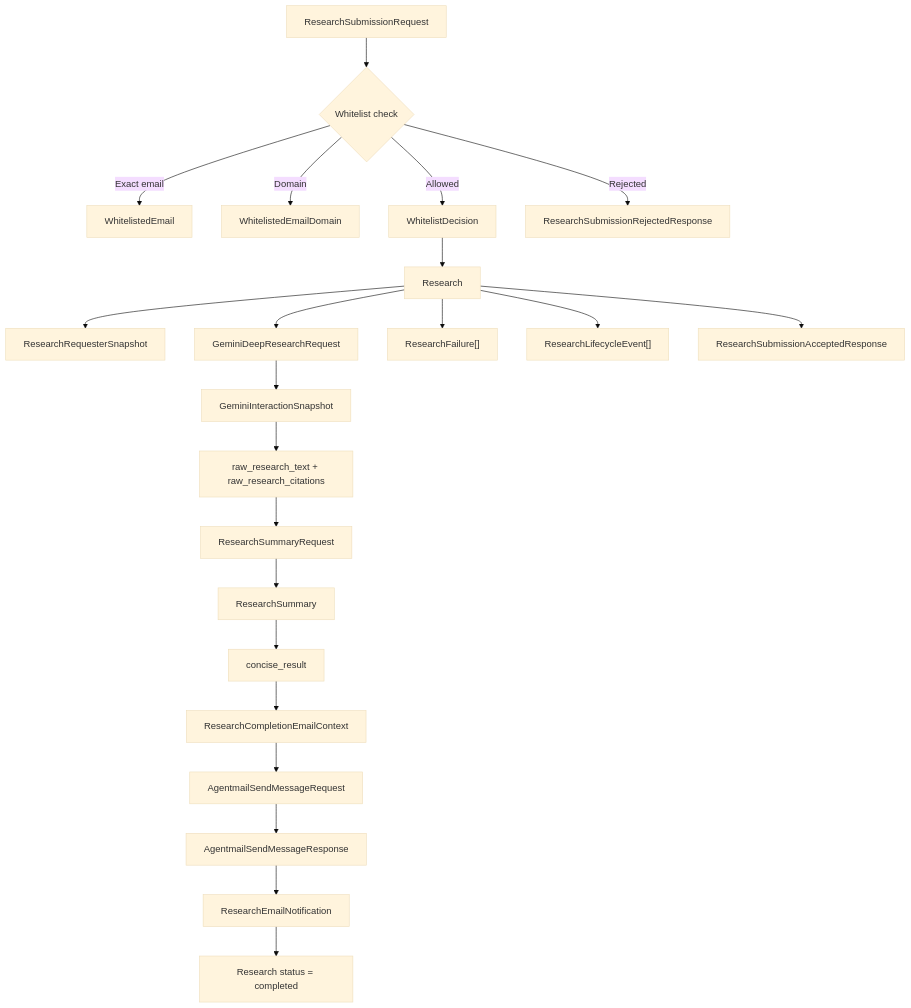
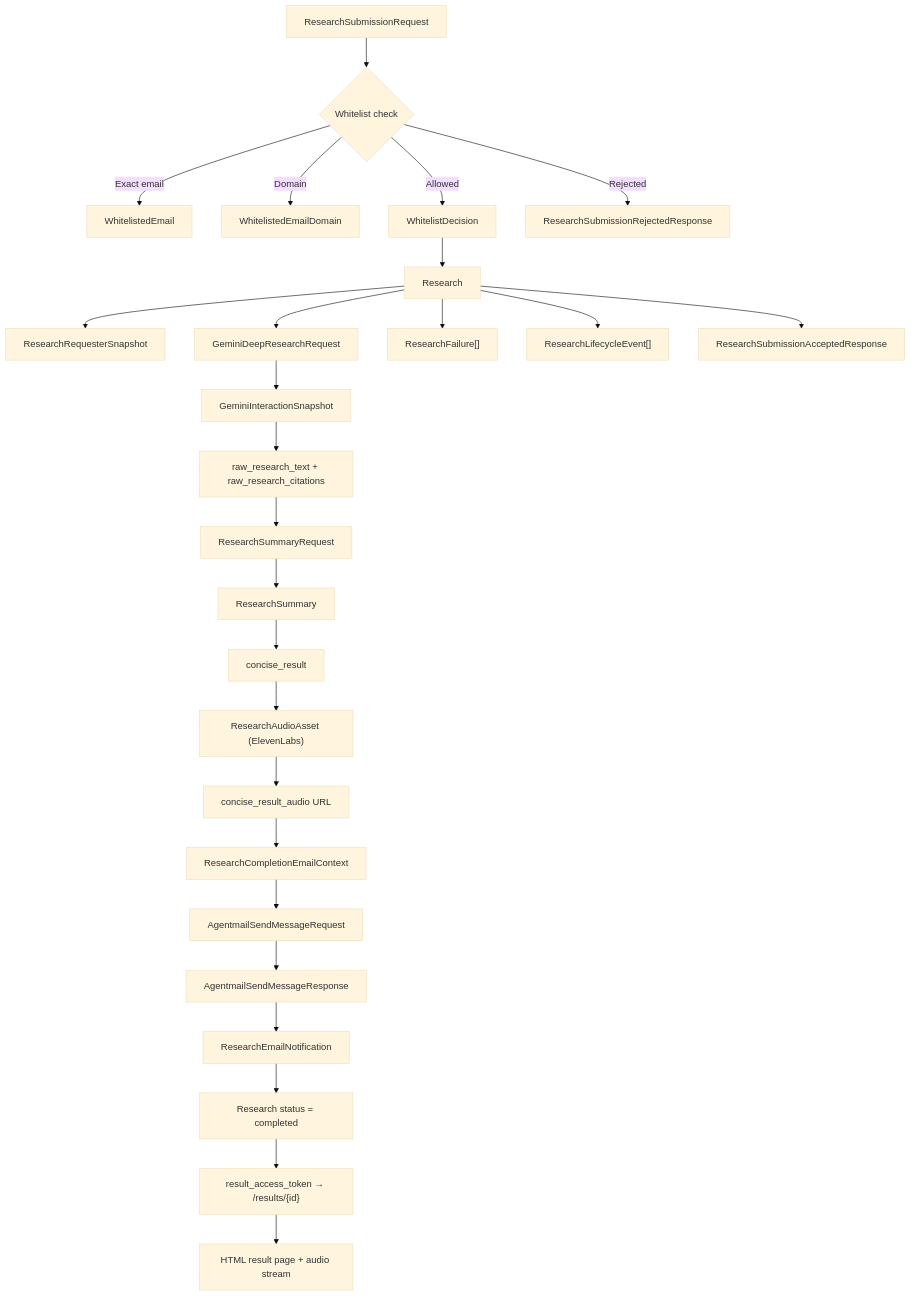
Before and after one commit to b2b/signals: the diagram in models_in_workflow.md, drawn with Mermaid (base theme). The commit also changed other lines of this file and 5 other files, not shown here.

Commit message:
feat: Implement expandable display for raw research and citations on the results page, and add comprehensive workflow documentation.

````diff
--- a/models_in_workflow.md
+++ b/models_in_workflow.md
@@ -270,24 +332,28 @@
 ```mermaid
 flowchart TD
     A["ResearchSubmissionRequest"] --> B{"Whitelist check"}
     B -->|Exact email| C["WhitelistedEmail"]
     B -->|Domain| D["WhitelistedEmailDomain"]
     B -->|Allowed| E["WhitelistDecision"]
     B -->|Rejected| F["ResearchSubmissionRejectedResponse"]
     E --> G["Research"]
     G --> H["ResearchRequesterSnapshot"]
     G --> I["GeminiDeepResearchRequest"]
     I --> J["GeminiInteractionSnapshot"]
     J --> K["raw_research_text + raw_research_citations"]
     K --> L["ResearchSummaryRequest"]
     L --> M["ResearchSummary"]
     M --> N["concise_result"]
-    N --> O["ResearchCompletionEmailContext"]
-    O --> P["AgentmailSendMessageRequest"]
-    P --> Q["AgentmailSendMessageResponse"]
-    Q --> R["ResearchEmailNotification"]
-    R --> S["Research status = completed"]
-    G --> T["ResearchFailure[]"]
-    G --> U["ResearchLifecycleEvent[]"]
-    G --> V["ResearchSubmissionAcceptedResponse"]
+    N --> O["ResearchAudioAsset (ElevenLabs)"]
+    O --> P["concise_result_audio URL"]
+    P --> Q["ResearchCompletionEmailContext"]
+    Q --> R["AgentmailSendMessageRequest"]
+    R --> S["AgentmailSendMessageResponse"]
+    S --> T["ResearchEmailNotification"]
+    T --> U["Research status = completed"]
+    G --> V["ResearchFailure[]"]
+    G --> W["ResearchLifecycleEvent[]"]
+    G --> X["ResearchSubmissionAcceptedResponse"]
+    U --> Y["result_access_token → /results/{id}"]
+    Y --> Z["HTML result page + audio stream"]
 ```
````
